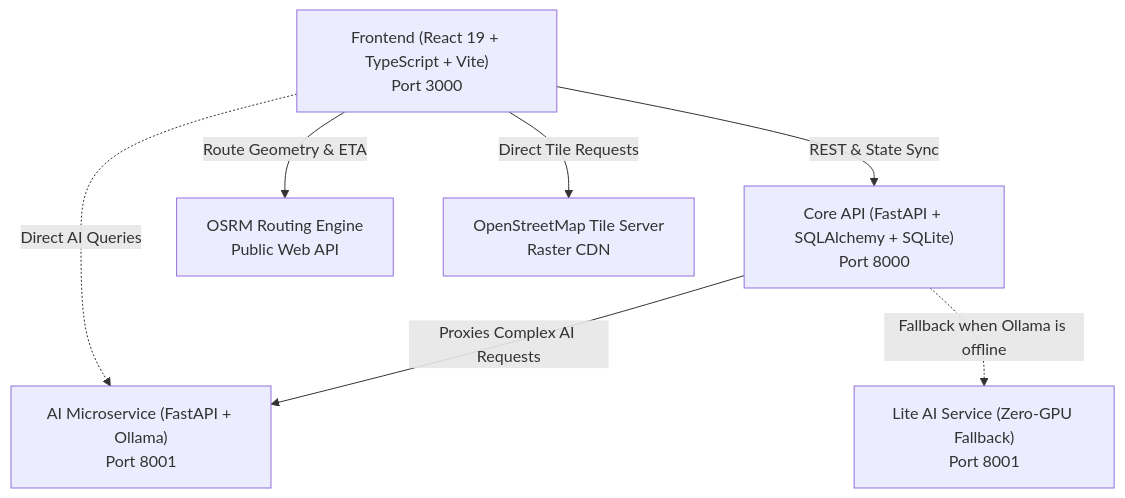
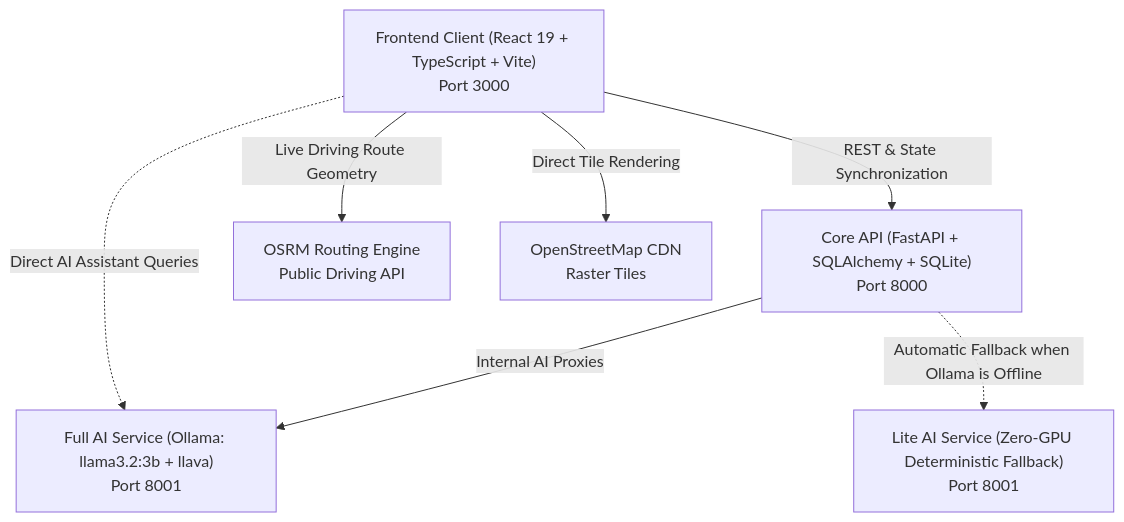
One commit to parthzraj/JanSevak changed the diagram in README.md. Above: the diagram before and after it, drawn with Mermaid. The commit also changed other lines of this file, not shown here.

````diff
--- a/README.md
+++ b/README.md
@@ -42,16 +48,16 @@
 ```mermaid
 graph TD
-    Client["Frontend (React 19 + TypeScript + Vite)<br/>Port 3000"]
-    Core["Core API (FastAPI + SQLAlchemy + SQLite)<br/>Port 8000"]
-    AIService["AI Microservice (FastAPI + Ollama)<br/>Port 8001"]
-    LiteAI["Lite AI Service (Zero-GPU Fallback)<br/>Port 8001"]
-    OSRM["OSRM Routing Engine<br/>Public Web API"]
-    OSMTiles["OpenStreetMap Tile Server<br/>Raster CDN"]
+    Client["Frontend Client (React 19 + TypeScript + Vite)<br/>Port 3000"]
+    CoreAPI["Core API (FastAPI + SQLAlchemy + SQLite)<br/>Port 8000"]
+    FullAI["Full AI Service (Ollama: llama3.2:3b + llava)<br/>Port 8001"]
+    LiteAI["Lite AI Service (Zero-GPU Deterministic Fallback)<br/>Port 8001"]
+    OSRM["OSRM Routing Engine<br/>Public Driving API"]
+    OSMTiles["OpenStreetMap CDN<br/>Raster Tiles"]
 
-    Client -->|REST & State Sync| Core
-    Client -->|Direct Tile Requests| OSMTiles
-    Client -->|Route Geometry & ETA| OSRM
-    Client -.->|Direct AI Queries| AIService
-    Core -->|Proxies Complex AI Requests| AIService
-    Core -.->|Fallback when Ollama is offline| LiteAI
+    Client -->|REST & State Synchronization| CoreAPI
+    Client -->|Direct Tile Rendering| OSMTiles
+    Client -->|Live Driving Route Geometry| OSRM
+    Client -.->|Direct AI Assistant Queries| FullAI
+    CoreAPI -->|Internal AI Proxies| FullAI
+    CoreAPI -.->|Automatic Fallback when Ollama is Offline| LiteAI
 ```
````
